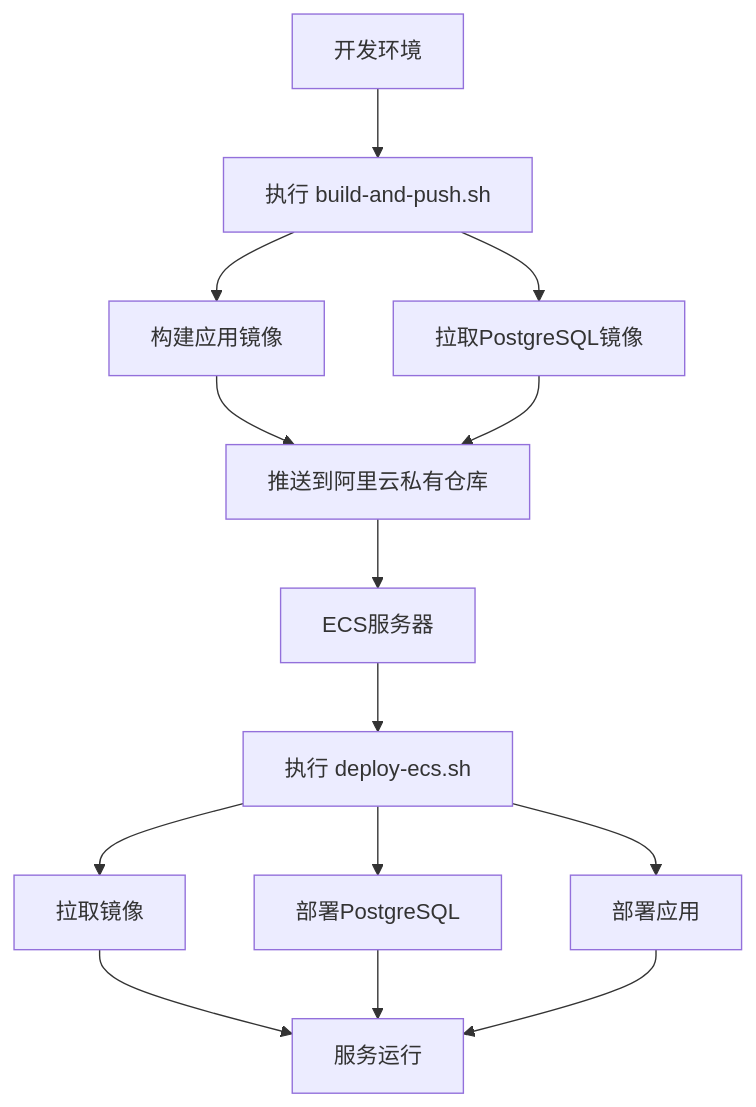
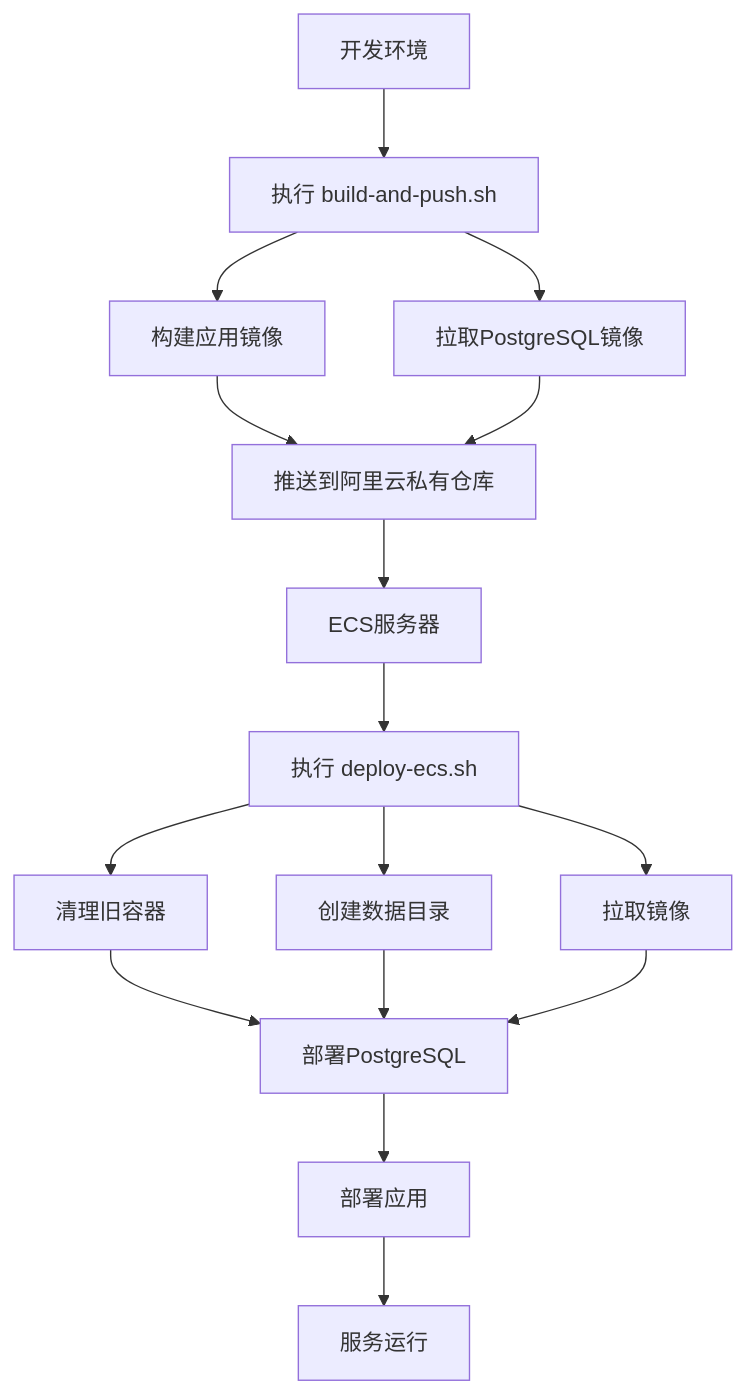
One commit to yideng-xl/yuyingbao changed the diagram in deploy2aliyun/README.md. Above: the diagram before and after it, drawn with Mermaid. The commit also changed other lines of this file and 3 other files, not shown here.

````diff
--- a/deploy2aliyun/README.md
+++ b/deploy2aliyun/README.md
@@ -52,16 +52,18 @@
 ```mermaid
 graph TB
     A[开发环境] --> B[执行 build-and-push.sh]
     B --> C[构建应用镜像]
     B --> D[拉取PostgreSQL镜像]
     C --> E[推送到阿里云私有仓库]
     D --> E
     E --> F[ECS服务器]
     F --> G[执行 deploy-ecs.sh]
-    G --> H[拉取镜像]
-    G --> I[部署PostgreSQL]
-    G --> J[部署应用]
-    H --> K[服务运行]
+    G --> H[清理旧容器]
+    G --> I[创建数据目录]
+    G --> J[拉取镜像]
+    H --> K[部署PostgreSQL]
     I --> K
     J --> K
+    K --> L[部署应用]
+    L --> M[服务运行]
 ```
````
